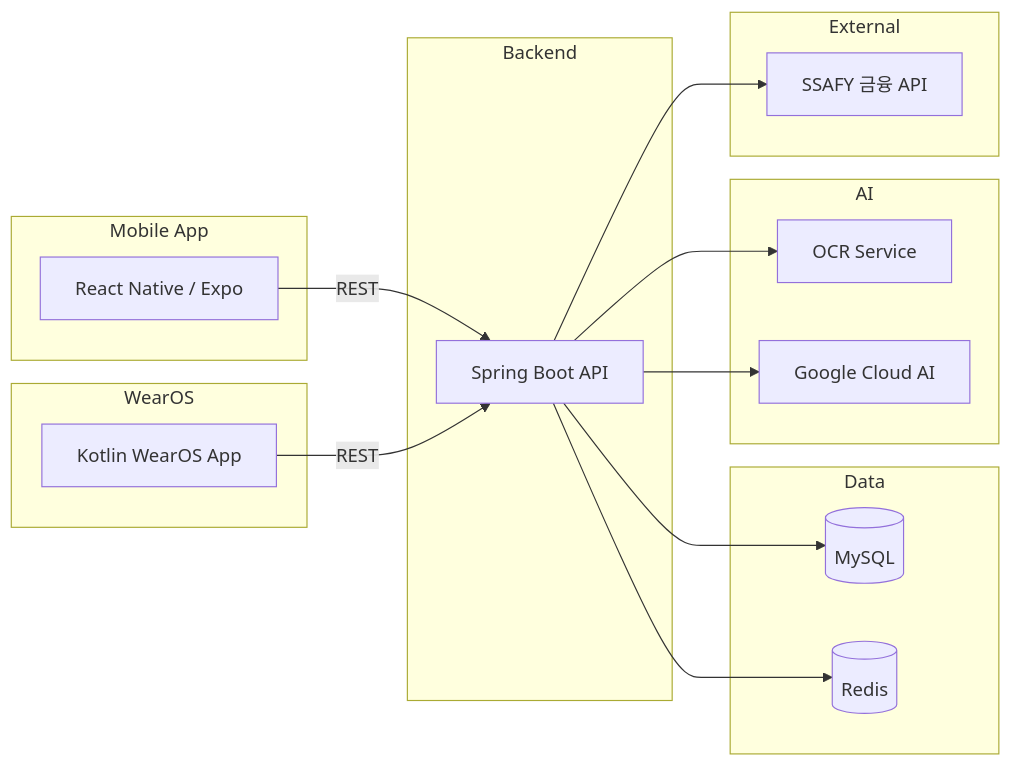
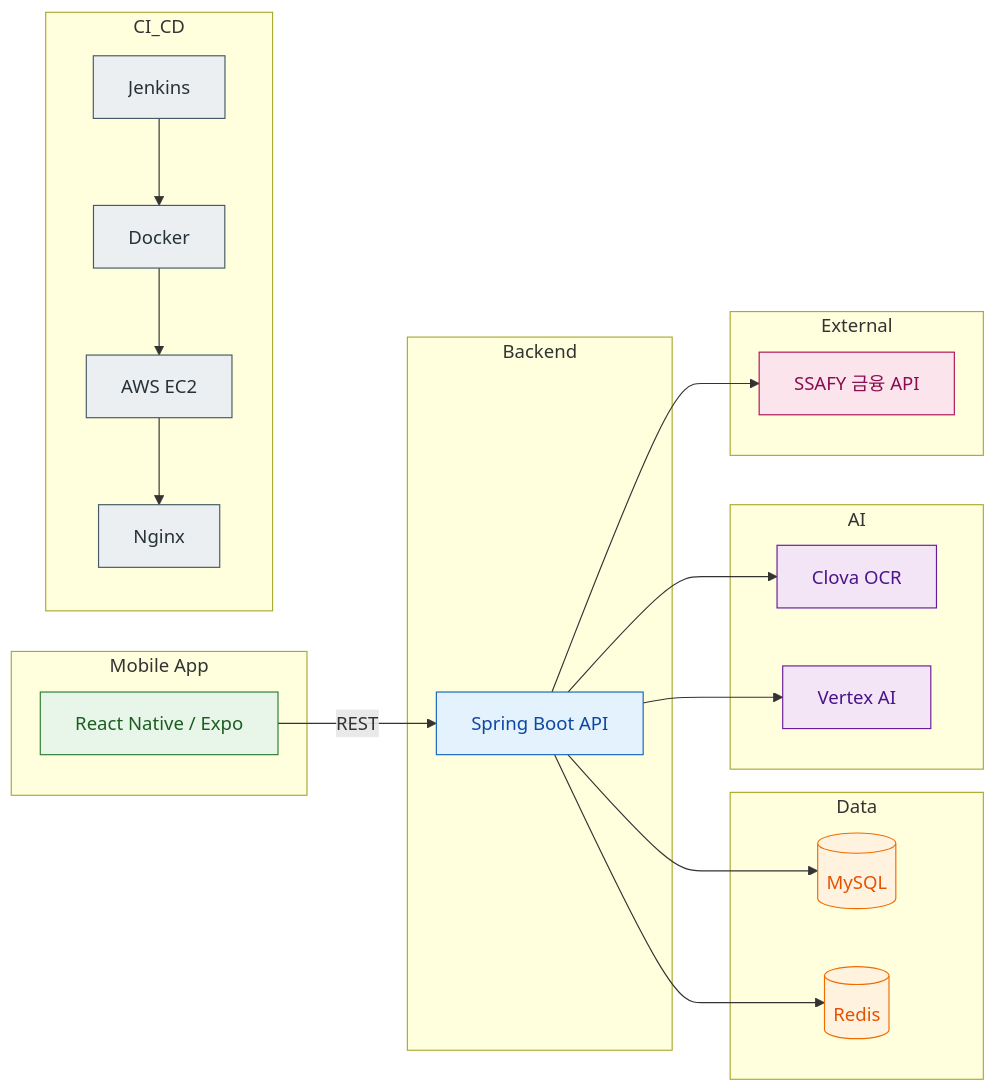
One commit to iiiiin/cocos-forest changed the diagram in README.md. Above: the diagram before and after it, drawn with Mermaid. The commit also changed other lines of this file, not shown here.

Commit message:
docs: README 수정

````diff
--- a/README.md
+++ b/README.md
@@ -71,36 +71,53 @@
 ```mermaid
 flowchart LR
+  classDef app fill:#E8F5E9,stroke:#2E7D32,stroke-width:1px,color:#1B5E20;
+  classDef backend fill:#E3F2FD,stroke:#1565C0,stroke-width:1px,color:#0D47A1;
+  classDef data fill:#FFF3E0,stroke:#EF6C00,stroke-width:1px,color:#E65100;
+  classDef ai fill:#F3E5F5,stroke:#6A1B9A,stroke-width:1px,color:#4A148C;
+  classDef external fill:#FCE4EC,stroke:#AD1457,stroke-width:1px,color:#880E4F;
+  classDef cicd fill:#ECEFF1,stroke:#455A64,stroke-width:1px,color:#263238;
+
   subgraph Mobile App
     RN[React Native / Expo]
-  end
-
-  subgraph WearOS
-    WO[Kotlin WearOS App]
   end
 
   subgraph Backend
     API[Spring Boot API]
   end
 
   subgraph Data
     DB[(MySQL)]
     Redis[(Redis)]
   end
 
   subgraph AI
-    OCR[OCR Service]
-    GCP[Google Cloud AI]
+    OCR[Clova OCR]
+    VAI[Vertex AI]
   end
 
   subgraph External
     SSAFY[SSAFY 금융 API]
   end
 
+  subgraph CI_CD
+    Jenkins[Jenkins]
+    Docker[Docker]
+    EC2[AWS EC2]
+    Nginx[Nginx]
+  end
+
   RN -->|REST| API
-  WO -->|REST| API
   API --> DB
   API --> Redis
   API --> SSAFY
   API --> OCR
-  API --> GCP
+  API --> VAI
+  Jenkins --> Docker --> EC2 --> Nginx
+
+  class RN app;
+  class API backend;
+  class DB,Redis data;
+  class OCR,VAI ai;
+  class SSAFY external;
+  class Jenkins,Docker,EC2,Nginx cicd;
 ```
````
